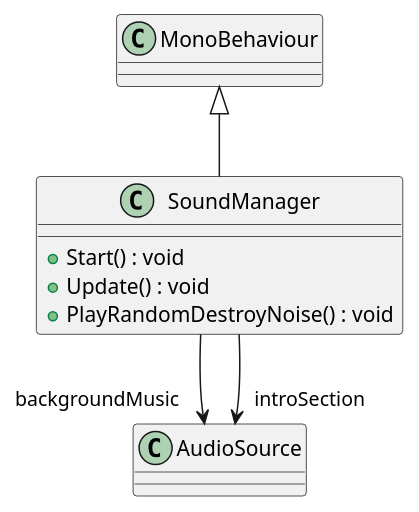
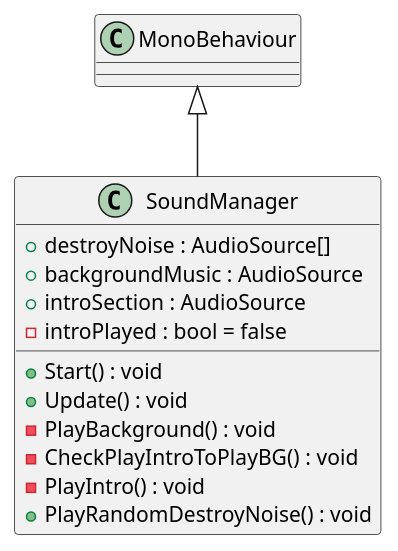
The diagram in PlantUML/SoundManager.puml (stackTsi/CandyCrushClone), drawn with PlantUML before and after one commit. The commit also changed 15 other files, not shown here.

Commit message:
Update PlantUML

```diff
--- a/PlantUML/SoundManager.puml
+++ b/PlantUML/SoundManager.puml
@@ -1,10 +1,15 @@
 @startuml
 class SoundManager {
+    + destroyNoise : AudioSource[]
+    + backgroundMusic : AudioSource
+    + introSection : AudioSource
+    - introPlayed : bool = false
     + Start() : void
     + Update() : void
+    - PlayBackground() : void
+    - CheckPlayIntroToPlayBG() : void
+    - PlayIntro() : void
     + PlayRandomDestroyNoise() : void
 }
 MonoBehaviour <|-- SoundManager
-SoundManager --> "backgroundMusic" AudioSource
-SoundManager --> "introSection" AudioSource
 @enduml
```
